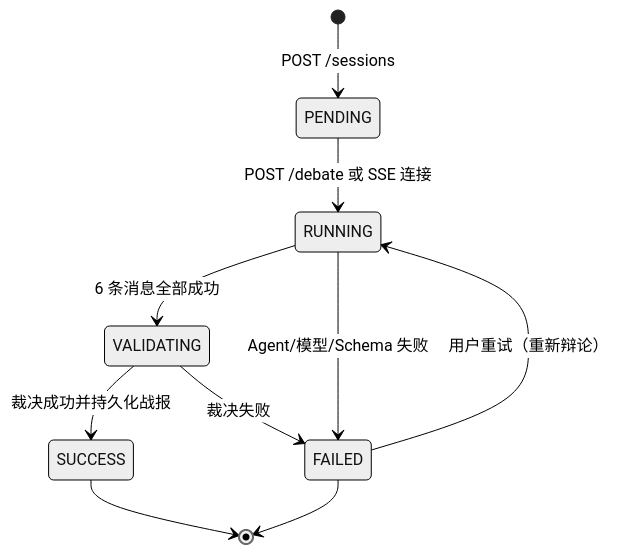
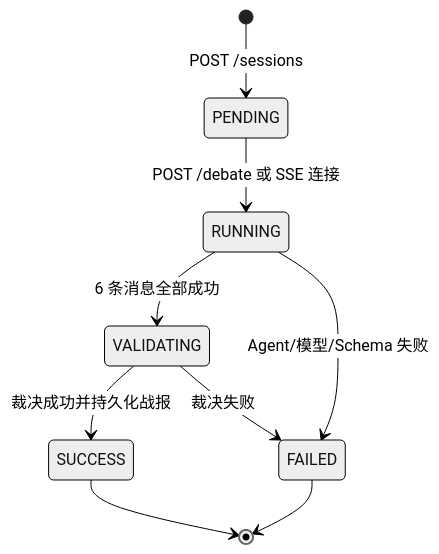
One commit to 2467999639-zz/foodarena-ai changed the sixth of 6 diagrams in docs/system_design.md. Above: the diagram before and after it, drawn with Mermaid (neutral theme). The commit also changed other lines of this file and 4 other files, not shown here.

First line of the commit message:
docs: add architecture and Sprint reports

````diff
--- a/docs/system_design.md
+++ b/docs/system_design.md
@@ -216,12 +240,11 @@
 ```mermaid
 stateDiagram-v2
     [*] --> PENDING : POST /sessions
     PENDING --> RUNNING : POST /debate 或 SSE 连接
     RUNNING --> VALIDATING : 6 条消息全部成功
     VALIDATING --> SUCCESS : 裁决成功并持久化战报
     RUNNING --> FAILED : Agent/模型/Schema 失败
     VALIDATING --> FAILED : 裁决失败
-    FAILED --> RUNNING : 用户重试（重新辩论）
     SUCCESS --> [*]
     FAILED --> [*]
 ```
````
